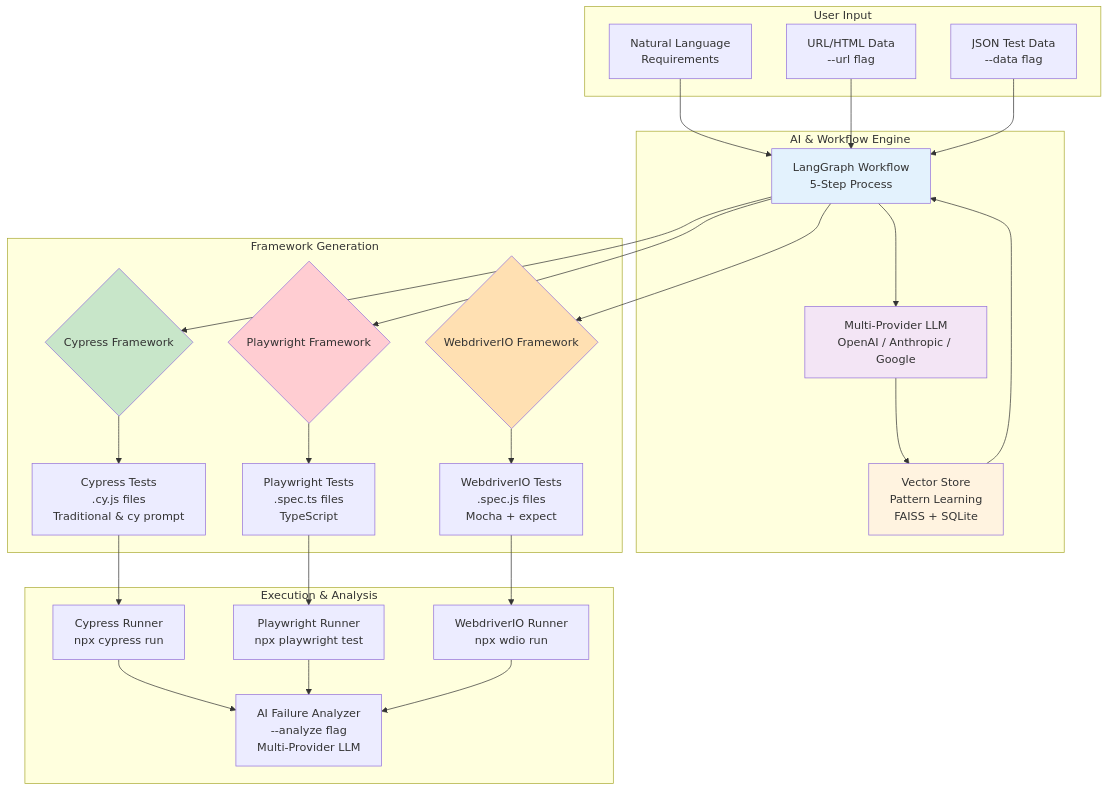
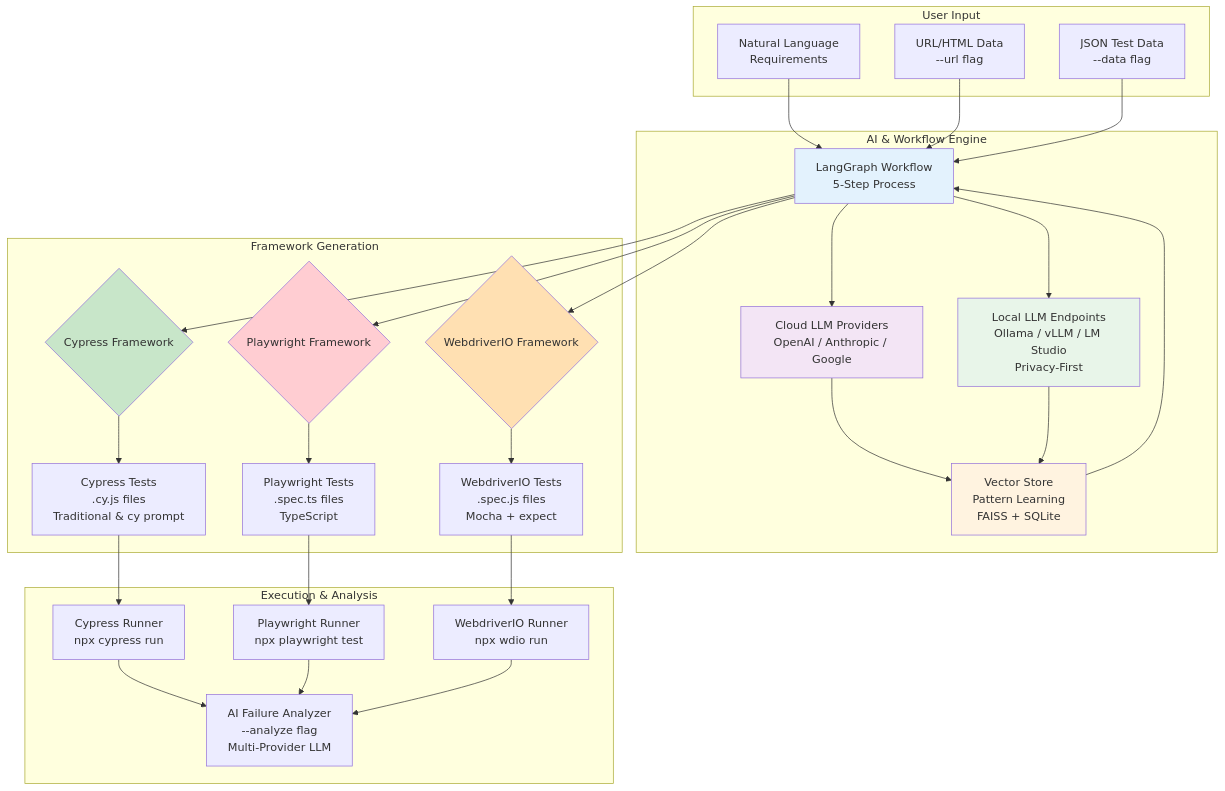
Before and after one commit to aiqualitylab/ai-natural-language-tests: the diagram in .github/images/architecture.mmd, drawn with Mermaid. The commit also changed 2 other files, not shown here.

Commit message:
support: update workflow diagrams for local llm support provider

```diff
--- a/.github/images/architecture.mmd
+++ b/.github/images/architecture.mmd
@@ -1,54 +1,58 @@
 graph TB
     subgraph "User Input"
         A[Natural Language<br/>Requirements]
         B[URL/HTML Data<br/>--url flag]
         C[JSON Test Data<br/>--data flag]
     end
 
     subgraph "AI & Workflow Engine"
         D[LangGraph Workflow<br/>5-Step Process]
-        E[Multi-Provider LLM<br/>OpenAI / Anthropic / Google]
+        E1["Cloud LLM Providers<br/>OpenAI / Anthropic / Google"]
+        E2["Local LLM Endpoints<br/>Ollama / vLLM / LM Studio<br/>Privacy-First"]
         F[Vector Store<br/>Pattern Learning<br/>FAISS + SQLite]
     end
 
     subgraph "Framework Generation"
         G{Cypress Framework}
         H{Playwright Framework}
         W{WebdriverIO Framework}
         I[Cypress Tests<br/>.cy.js files<br/>Traditional & cy prompt]
         J[Playwright Tests<br/>.spec.ts files<br/>TypeScript]
         X[WebdriverIO Tests<br/>.spec.js files<br/>Mocha + expect]
     end
 
     subgraph "Execution & Analysis"
         K[Cypress Runner<br/>npx cypress run]
         L[Playwright Runner<br/>npx playwright test]
         P[WebdriverIO Runner<br/>npx wdio run]
         M[AI Failure Analyzer<br/>--analyze flag<br/>Multi-Provider LLM]
     end
 
     A --> D
     B --> D
     C --> D
-    D --> E
-    E --> F
+    D --> E1
+    D --> E2
+    E1 --> F
+    E2 --> F
     F --> D
     D --> G
     D --> H
     D --> W
     G --> I
     H --> J
     W --> X
     I --> K
     J --> L
     X --> P
     K --> M
     L --> M
     P --> M
 
     style D fill:#e3f2fd
-    style E fill:#f3e5f5
+    style E1 fill:#f3e5f5
+    style E2 fill:#e8f5e9
     style F fill:#fff3e0
     style G fill:#c8e6c9
     style H fill:#ffcdd2
     style W fill:#ffe0b2
```
